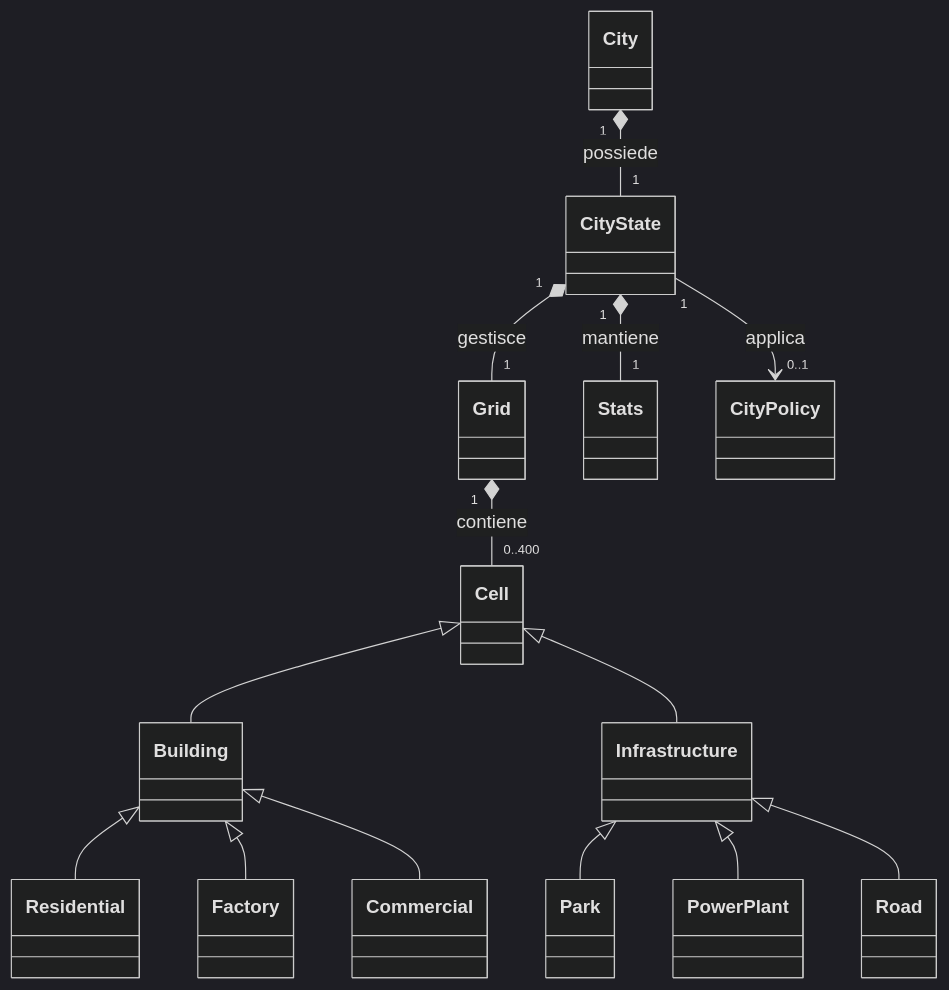
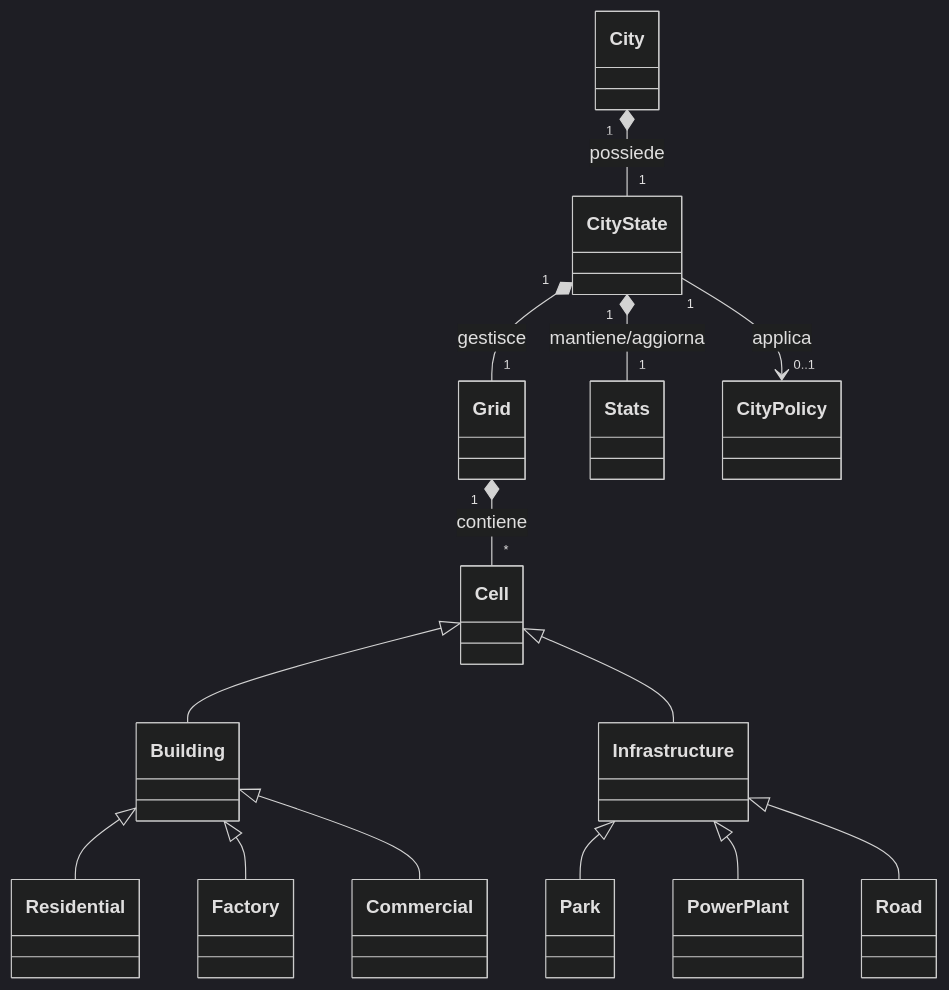
One commit to andreatoson3-netizen/Amatriciana changed the diagram in docs/domain-model-test.md. Above: the diagram before and after it, drawn with Mermaid (dark theme).

````diff
--- a/docs/domain-model-test.md
+++ b/docs/domain-model-test.md
@@ -1,66 +1,66 @@
 ```mermaid
 classDiagram
 
     %% =========================
     %% DOMAIN MODEL
     %% =========================
 
     class City
 
     class CityState
 
     class Grid
 
     class Cell
 
     class Building
 
     class Infrastructure
 
     class Residential
 
     class Factory
 
     class Commercial
 
     class Park
 
     class PowerPlant
 
     class Road
 
     class Stats
 
     class CityPolicy
 
 
     %% =========================
     %% RELATIONSHIPS
     %% =========================
 
     City "1" *-- "1" CityState : possiede
 
     CityState "1" *-- "1" Grid : gestisce
 
-    Grid "1" *-- "0..400" Cell : contiene
+    Grid "1" *-- "*" Cell : contiene
 
     Cell <|-- Building
 
     Cell <|-- Infrastructure
 
     Building <|-- Residential
 
     Building <|-- Factory
 
     Building <|-- Commercial
 
     Infrastructure <|-- Park
 
     Infrastructure <|-- PowerPlant
 
     Infrastructure <|-- Road
 
-    CityState "1" *-- "1" Stats : mantiene
+    CityState "1" *-- "1" Stats : mantiene/aggiorna
 
     CityState "1" --> "0..1" CityPolicy : applica
 ```
````
